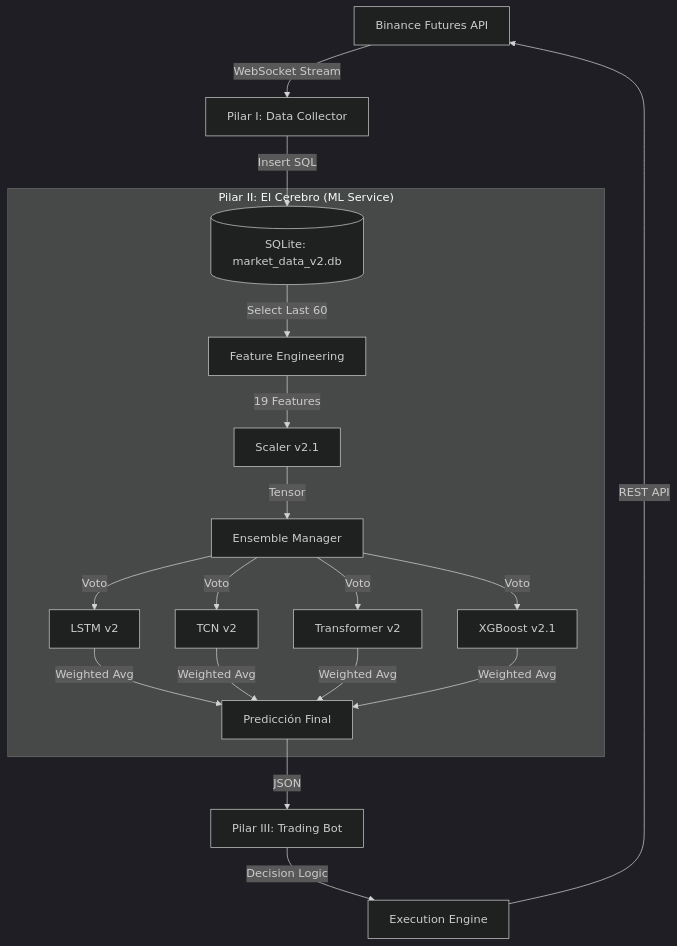
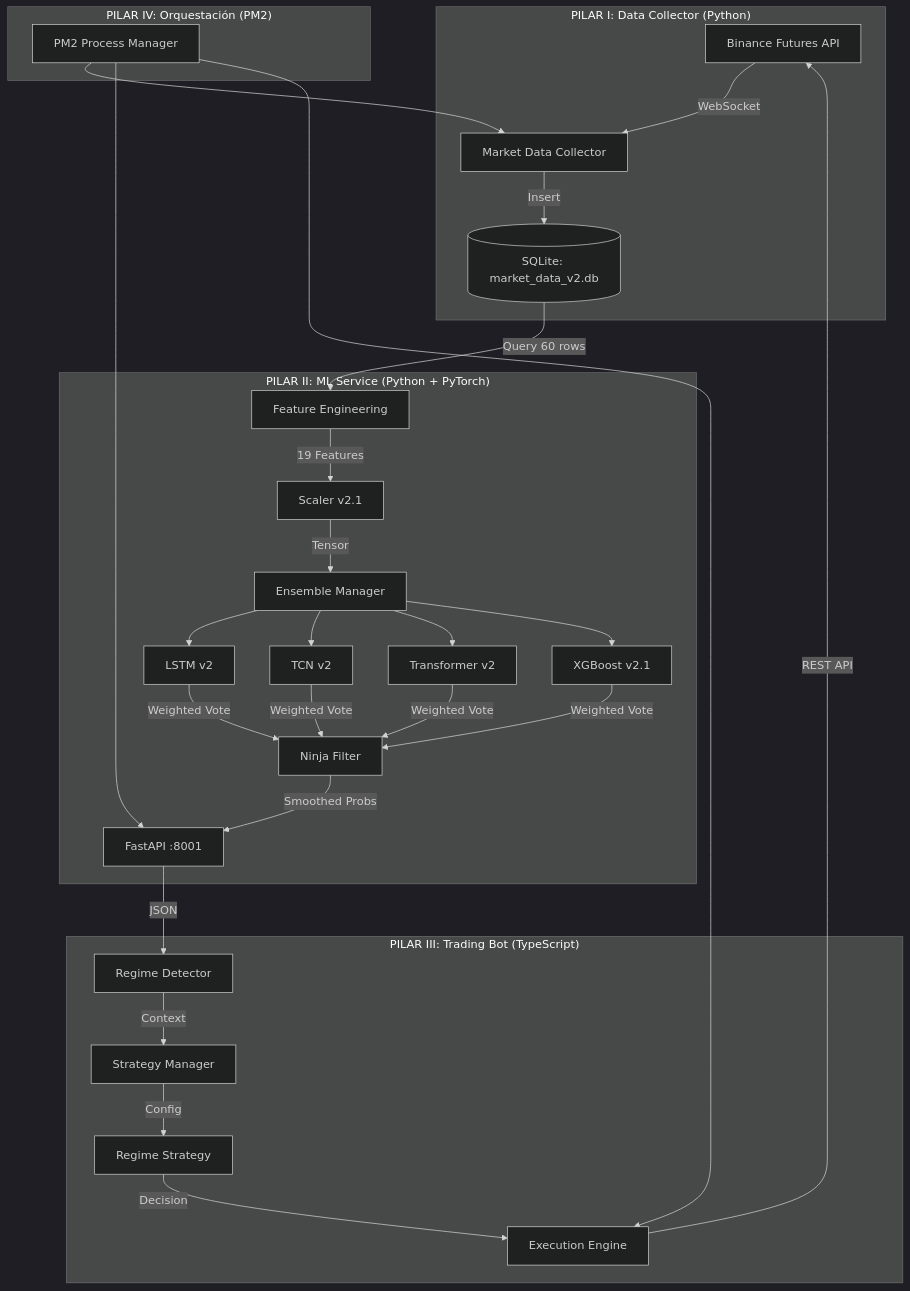
Before and after one commit to jasanhdz/trading_system: the diagram in system_whitepaper.md, drawn with Mermaid (dark theme). The commit also changed other lines of this file, not shown here.

First line of the commit message:
docs: Complete rewrite of NINJA v4.0 technical whitepaper

````diff
--- a/system_whitepaper.md
+++ b/system_whitepaper.md
@@ -19,20 +29,34 @@
 ```mermaid
 graph TD
-    API[Binance Futures API] -->|WebSocket Stream| DC[Pilar I: Data Collector]
-    DC -->|Insert SQL| DB[(SQLite: market_data_v2.db)]
+    subgraph "PILAR I: Data Collector (Python)"
+        API[Binance Futures API] -->|WebSocket| DC[Market Data Collector]
+        DC -->|Insert| DB[(SQLite: market_data_v2.db)]
+    end
     
-    subgraph "Pilar II: El Cerebro (ML Service)"
-        DB -->|Select Last 60| FE[Feature Engineering]
+    subgraph "PILAR II: ML Service (Python + PyTorch)"
+        DB -->|Query 60 rows| FE[Feature Engineering]
         FE -->|19 Features| SC[Scaler v2.1]
         SC -->|Tensor| ENS[Ensemble Manager]
-        ENS -->|Voto| LSTM[LSTM v2]
-        ENS -->|Voto| TCN[TCN v2]
-        ENS -->|Voto| TRF[Transformer v2]
-        ENS -->|Voto| XGB[XGBoost v2.1]
-        LSTM & TCN & TRF & XGB -->|Weighted Avg| PRED[Predicción Final]
+        ENS --> LSTM[LSTM v2]
+        ENS --> TCN[TCN v2]
+        ENS --> TRF[Transformer v2]
+        ENS --> XGB[XGBoost v2.1]
+        LSTM & TCN & TRF & XGB -->|Weighted Vote| NF[Ninja Filter]
+        NF -->|Smoothed Probs| HTTP[FastAPI :8001]
     end
     
-    PRED -->|JSON| BOT[Pilar III: Trading Bot]
-    BOT -->|Decision Logic| EXEC[Execution Engine]
-    EXEC -->|REST API| API
+    subgraph "PILAR III: Trading Bot (TypeScript)"
+        HTTP -->|JSON| RD[Regime Detector]
+        RD -->|Context| SM[Strategy Manager]
+        SM -->|Config| RS[Regime Strategy]
+        RS -->|Decision| EE[Execution Engine]
+        EE -->|REST API| API
+    end
+    
+    subgraph "PILAR IV: Orquestación (PM2)"
+        PM2[PM2 Process Manager]
+        PM2 --> DC
+        PM2 --> HTTP
+        PM2 --> EE
+    end
 ```
````
